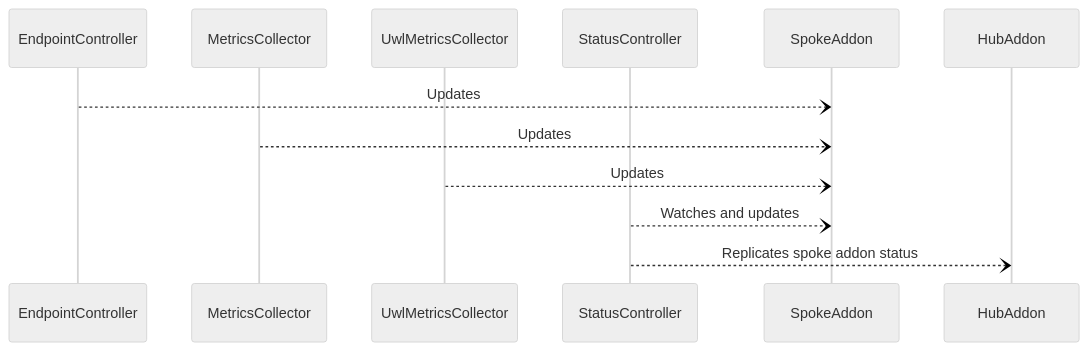
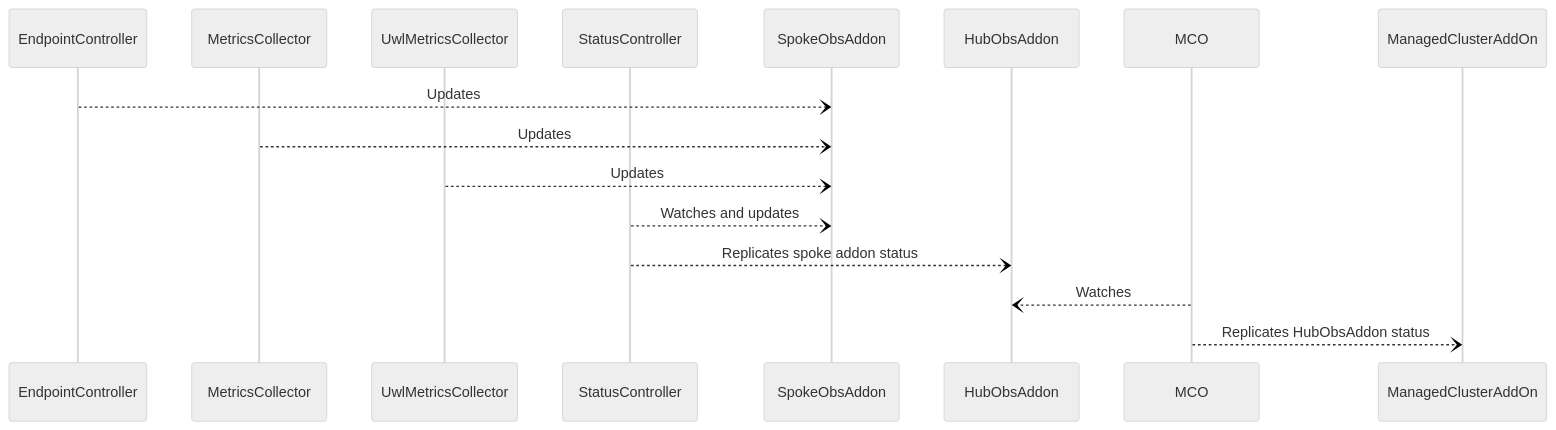
Before and after one commit to stolostron/multicluster-observability-operator: the first of 3 diagrams in operators/endpointmetrics/doc/design/addon-status.md, drawn with Mermaid (neutral theme). The commit also changed other lines of this file, not shown here.

````diff
--- a/operators/endpointmetrics/doc/design/addon-status.md
+++ b/operators/endpointmetrics/doc/design/addon-status.md
@@ -43,14 +38,18 @@
 ```mermaid
 sequenceDiagram
     participant EndpointController
     participant MetricsCollector
     participant UwlMetricsCollector
     participant StatusController
-    participant SpokeAddon
-    participant HubAddon
-    EndpointController--)SpokeAddon: Updates 
-    MetricsCollector--)SpokeAddon: Updates 
-    UwlMetricsCollector--)SpokeAddon: Updates 
-    StatusController--)SpokeAddon: Watches and updates 
-    StatusController--)HubAddon: Replicates spoke addon status
+    participant SpokeObsAddon
+    participant HubObsAddon
+    participant MCO
+    participant ManagedClusterAddOn
+    EndpointController--)SpokeObsAddon: Updates 
+    MetricsCollector--)SpokeObsAddon: Updates 
+    UwlMetricsCollector--)SpokeObsAddon: Updates 
+    StatusController--)SpokeObsAddon: Watches and updates 
+    StatusController--)HubObsAddon: Replicates spoke addon status
+    MCO--)HubObsAddon: Watches
+    MCO--)ManagedClusterAddOn: Replicates HubObsAddon status
 ```
````
